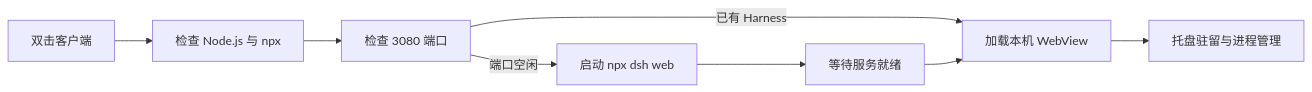
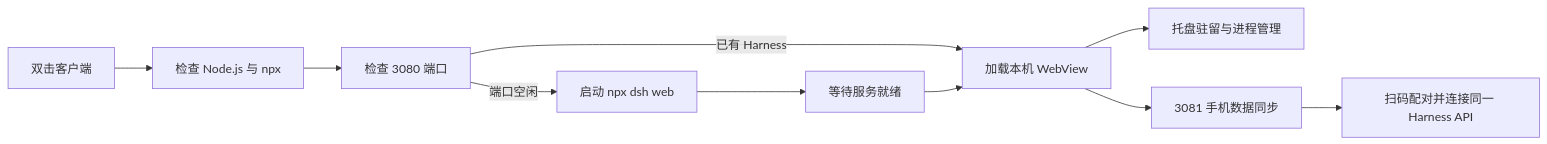
The diagram in README.md (luoboovo/deepseek-harness-client), drawn with Mermaid before and after one commit. The commit also changed other lines of this file and 34 other files, not shown here.

````diff
--- a/README.md
+++ b/README.md
@@ -59,10 +76,12 @@
 ```mermaid
 flowchart LR
     A["双击客户端"] --> B["检查 Node.js 与 npx"]
     B --> C["检查 3080 端口"]
     C -->|"已有 Harness"| F["加载本机 WebView"]
     C -->|"端口空闲"| D["启动 npx dsh web"]
     D --> E["等待服务就绪"]
     E --> F
     F --> G["托盘驻留与进程管理"]
+    F --> H["3081 手机数据同步"]
+    H --> I["扫码配对并连接同一 Harness API"]
 ```
````
